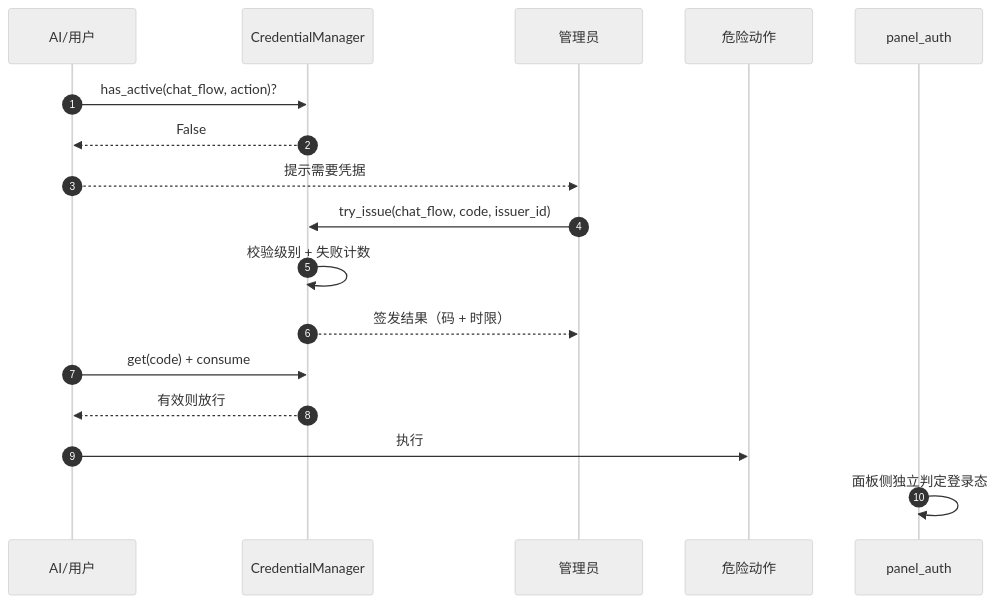
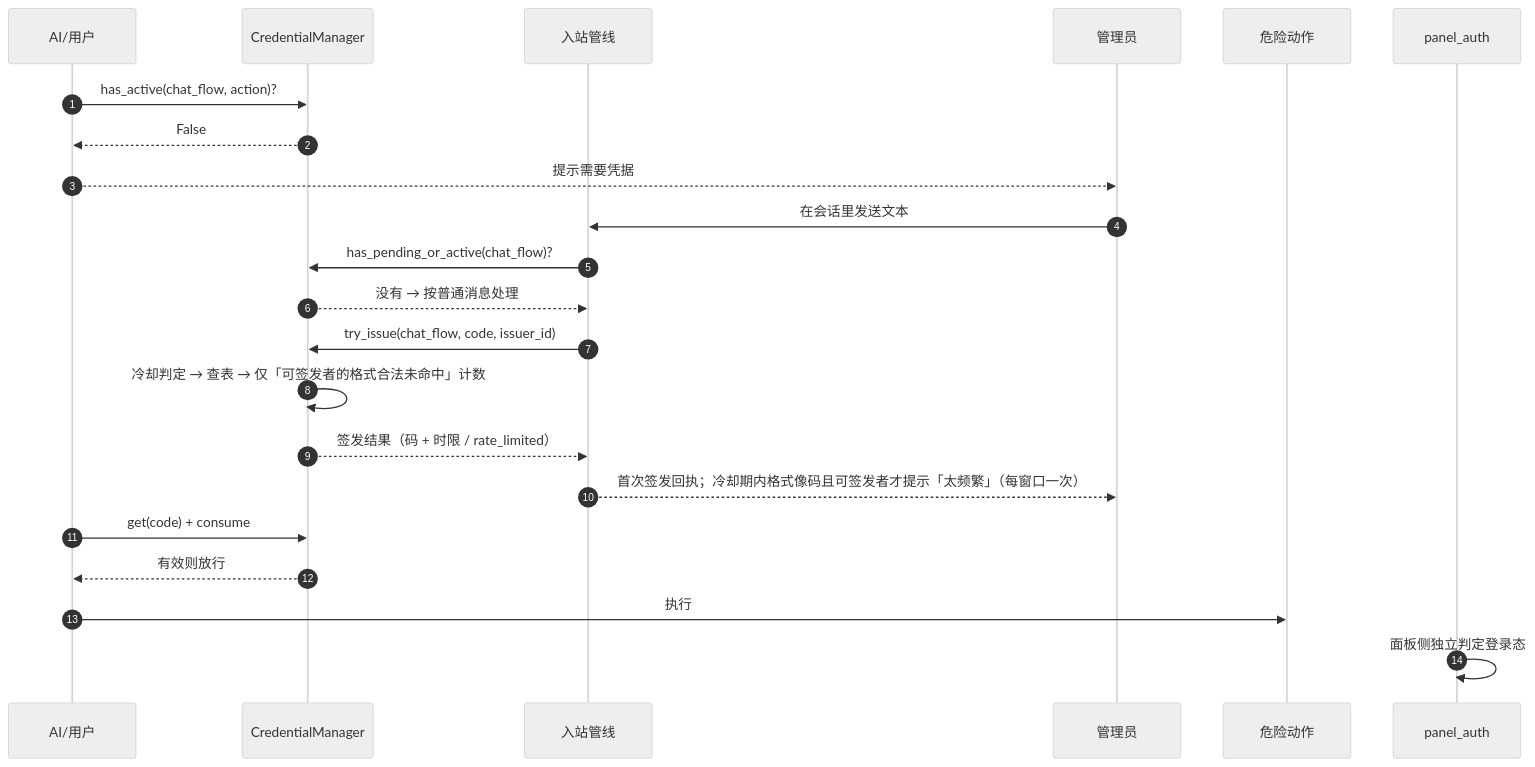
Before and after one commit to SuperQuail/NeoBot: the second of 8 diagrams in docs/flow/19-credentials-security.md, drawn with Mermaid (neutral theme). The commit also changed other lines of this file and 5 other files, not shown here.

````diff
--- a/docs/flow/19-credentials-security.md
+++ b/docs/flow/19-credentials-security.md
@@ -55,20 +64,25 @@
 ```mermaid
 sequenceDiagram
     autonumber
     participant AG as AI/用户
     participant CM as CredentialManager
+    participant RT as 入站管线
     participant AD as 管理员
     participant ACT as 危险动作
     participant PA as panel_auth
 
     AG->>CM: has_active(chat_flow, action)?
     CM-->>AG: False
     AG-->>AD: 提示需要凭据
-    AD->>CM: try_issue(chat_flow, code, issuer_id)
-    CM->>CM: 校验级别 + 失败计数
-    CM-->>AD: 签发结果（码 + 时限）
+    AD->>RT: 在会话里发送文本
+    RT->>CM: has_pending_or_active(chat_flow)?
+    CM-->>RT: 没有 → 按普通消息处理
+    RT->>CM: try_issue(chat_flow, code, issuer_id)
+    CM->>CM: 冷却判定 → 查表 → 仅「可签发者的格式合法未命中」计数
+    CM-->>RT: 签发结果（码 + 时限 / rate_limited）
+    RT-->>AD: 首次签发回执；冷却期内格式像码且可签发者才提示「太频繁」（每窗口一次）
     AG->>CM: get(code) + consume
     CM-->>AG: 有效则放行
     AG->>ACT: 执行
     PA->>PA: 面板侧独立判定登录态
 ```
````
